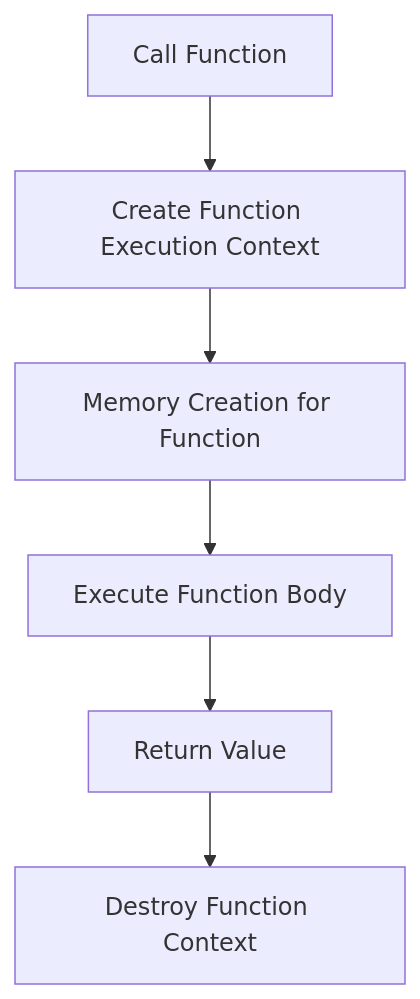
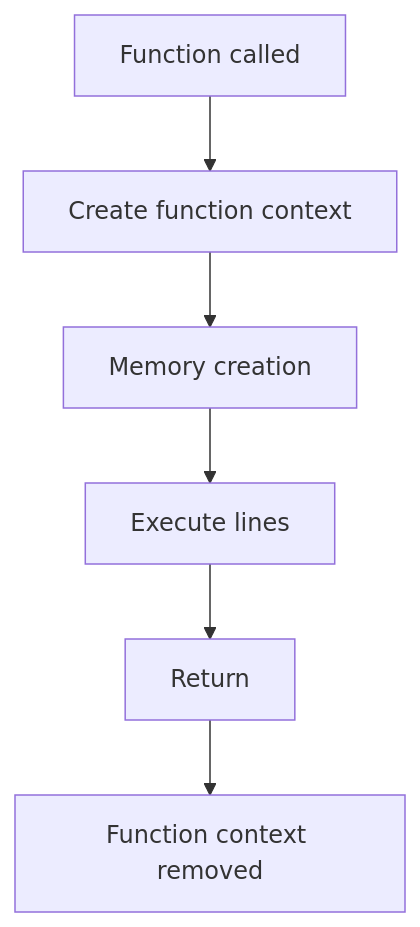
One commit to AbhishekDhone7/javascript-git-basics changed the fifth of 14 diagrams in JavaScript-Beginners-Guide.md. Above: the diagram before and after it, drawn with Mermaid. The commit also changed other lines of this file and 1 other file, not shown here.

````diff
--- a/JavaScript-Beginners-Guide.md
+++ b/JavaScript-Beginners-Guide.md
@@ -377,8 +385,8 @@
 ```mermaid
 flowchart TD
-A[Call Function] --> B[Create Function Execution Context]
-B --> C[Memory Creation for Function]
-C --> D[Execute Function Body]
-D --> E[Return Value]
-E --> F[Destroy Function Context]
+A[Function called] --> B[Create function context]
+B --> C[Memory creation]
+C --> D[Execute lines]
+D --> E[Return]
+E --> F[Function context removed]
 ```
````
